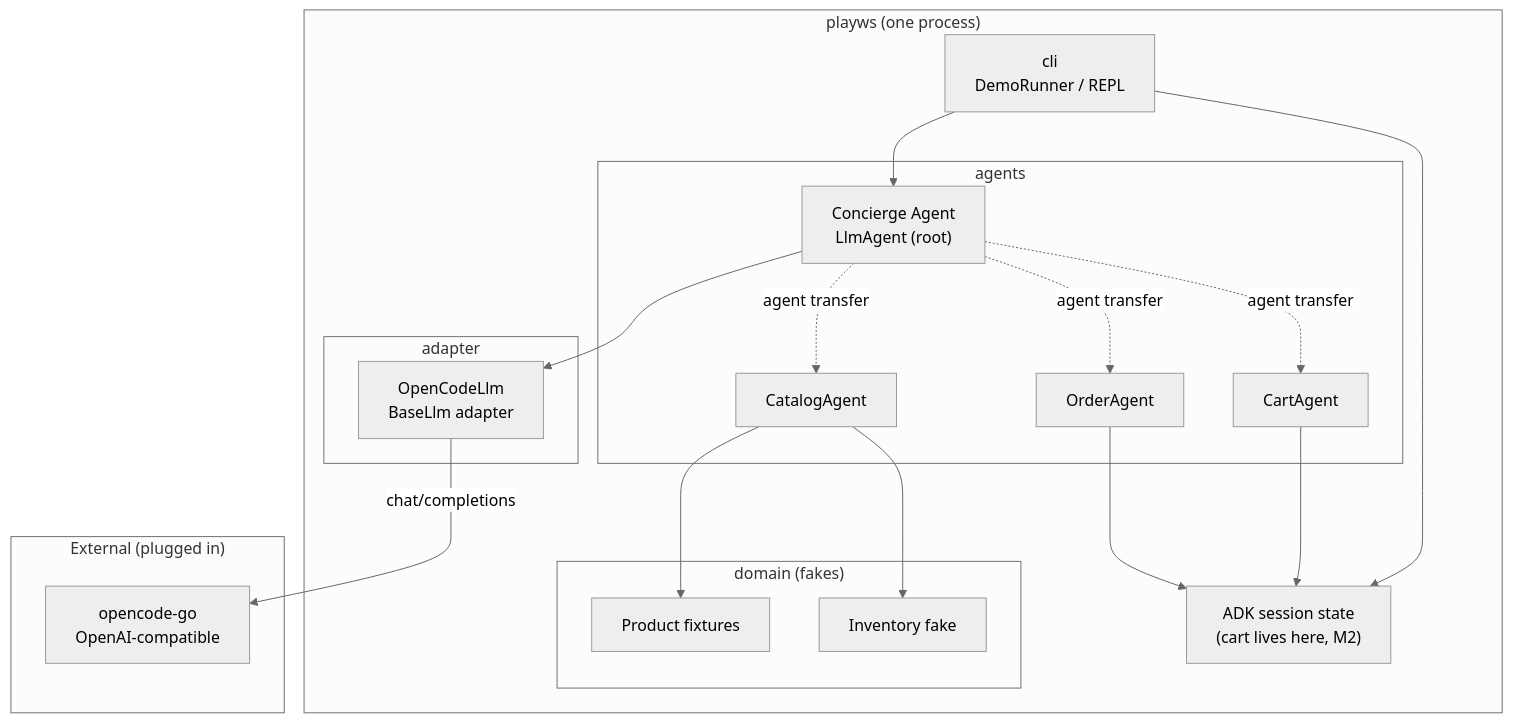
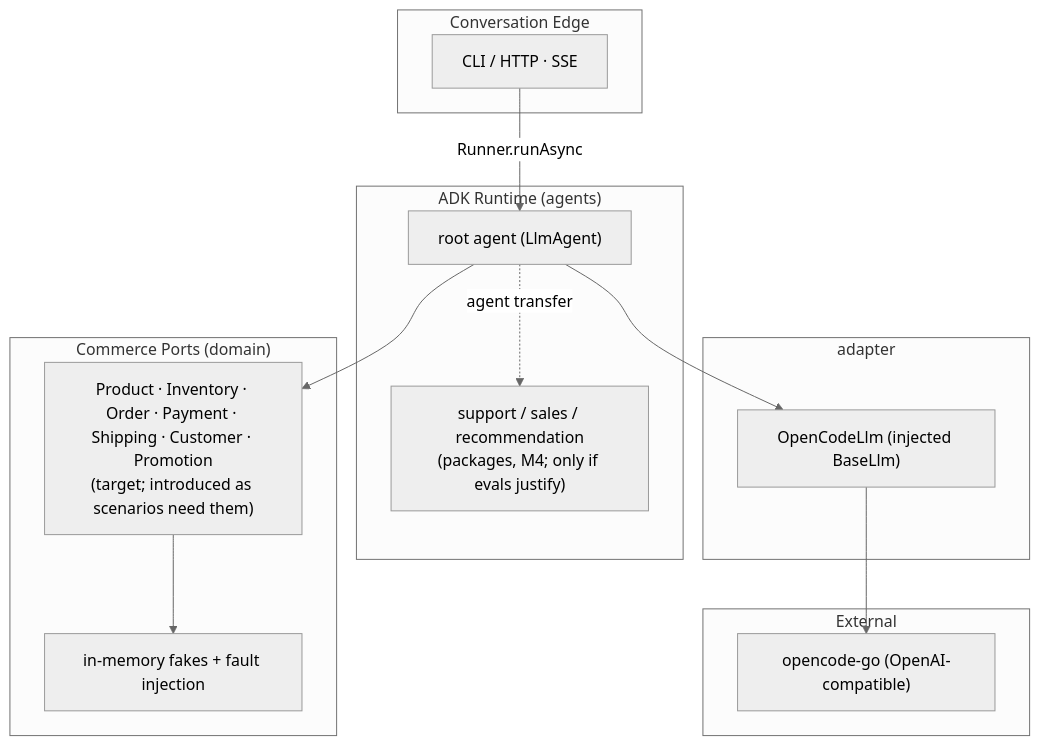
Before and after one commit to thanhdoancong127/adk-playground: the first of 2 diagrams in README.md, drawn with Mermaid (neutral theme). The commit also changed other lines of this file and 12 other files, not shown here.

First line of the commit message:
docs: redefine vision/roadmap/architecture/tech + ADR-0003/0004

````diff
--- a/README.md
+++ b/README.md
@@ -70,40 +73,24 @@
 ```mermaid
 flowchart TB
-    subgraph proc["playws (one process)"]
-        CLI["cli<br/>DemoRunner / REPL"]
-
-        subgraph agents["agents"]
-            ROOT["Concierge Agent<br/>LlmAgent (root)"]
-            CAT["CatalogAgent"]
-            CART["CartAgent"]
-            ORD["OrderAgent"]
-        end
-
-        SESS["ADK session state<br/>(cart lives here, M2)"]
-
-        subgraph dom["domain (fakes)"]
-            PROD["Product fixtures"]
-            STOCK["Inventory fake"]
-        end
-
-        subgraph llmb["adapter"]
-            ADAPT["OpenCodeLlm<br/>BaseLlm adapter"]
-        end
+    subgraph edge["Conversation Edge"]
+        CH["CLI / HTTP · SSE"]
     end
-
-    subgraph ext["External (plugged in)"]
-        OCGO["opencode-go<br/>OpenAI-compatible"]
+    subgraph rt["ADK Runtime (agents)"]
+        ROOT["root agent (LlmAgent)"]
+        SPEC["support / sales / recommendation<br/>(packages, M4; only if evals justify)"]
+        ROOT -.->|agent transfer| SPEC
     end
-
-    CLI --> ROOT
-    CLI --> SESS
-    ROOT -.->|agent transfer| CAT
-    ROOT -.->|agent transfer| CART
-    ROOT -.->|agent transfer| ORD
-    CAT --> PROD
-    CAT --> STOCK
-    CART --> SESS
-    ORD --> SESS
-    ROOT --> ADAPT
-    ADAPT -->|"chat/completions"| OCGO
+    subgraph dom["Commerce Ports (domain)"]
+        PORTS["Product · Inventory · Order · Payment · Shipping · Customer · Promotion<br/>(target; introduced as scenarios need them)"]
+        FAKES["in-memory fakes + fault injection"]
+    end
+    subgraph llmb["adapter"]
+        ADAPT["OpenCodeLlm (injected BaseLlm)"]
+    end
+    subgraph ext["External"]
+        OCGO["opencode-go (OpenAI-compatible)"]
+    end
+    CH -->|Runner.runAsync| ROOT
+    ROOT --> PORTS --> FAKES
+    ROOT --> ADAPT --> OCGO
 ```
````
